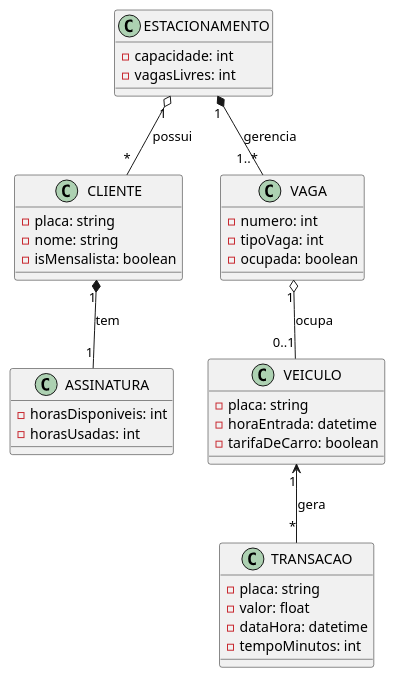
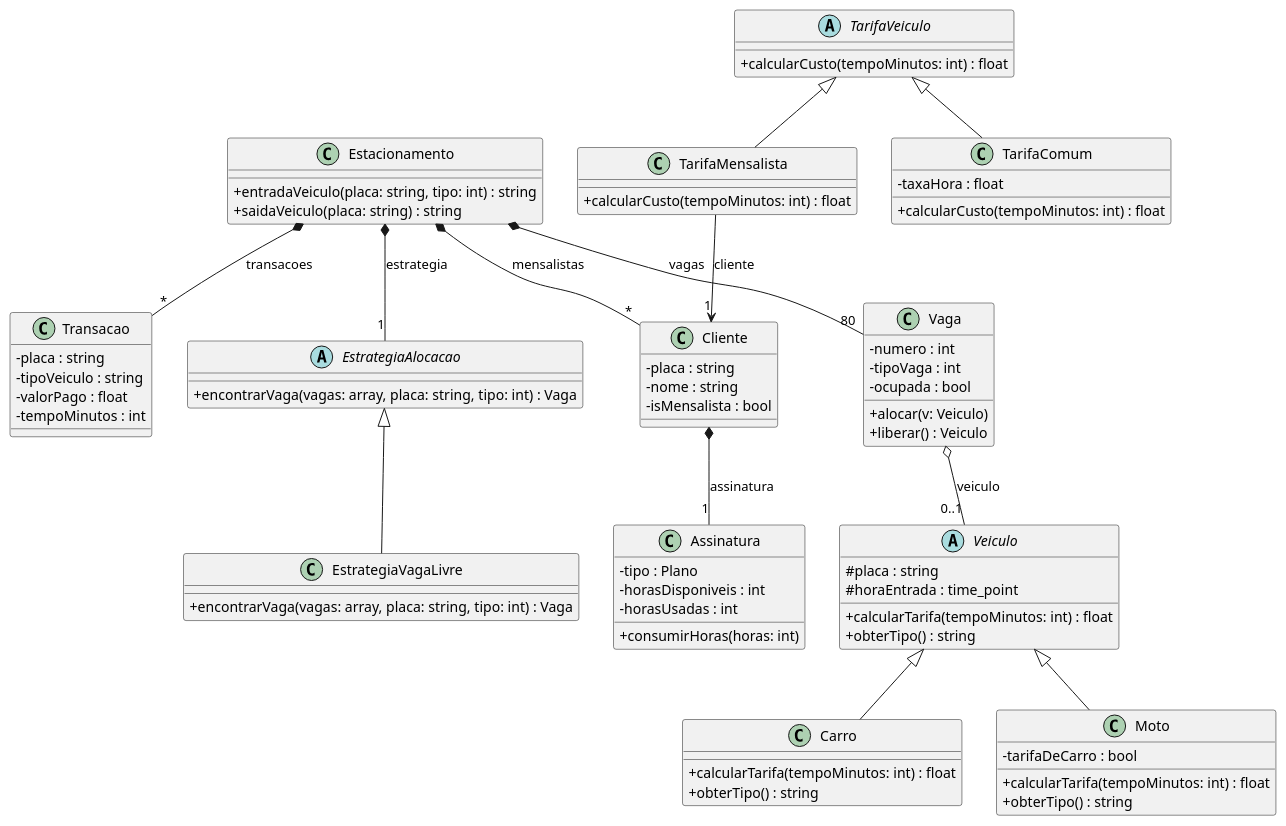
Before and after one commit to muriklo/park_manager: the second of 2 diagrams in analise.md, drawn with PlantUML. The commit also changed other lines of this file and 1 other file, not shown here.

Commit message:
correção projeto v1.3

````diff
--- a/analise.md
+++ b/analise.md
@@ -97,39 +97,96 @@
 ```plantuml
 @startuml
-class CLIENTE {
-    -placa: string
-    -nome: string
-    -isMensalista: boolean
-}
-class ASSINATURA {
-    -horasDisponiveis: int
-    -horasUsadas: int
-}
-class ESTACIONAMENTO {
-    -capacidade: int
-    -vagasLivres: int
-}
-class VAGA {
-    -numero: int
-    -tipoVaga: int
-    -ocupada: boolean
-}
-class VEICULO {
-    -placa: string
-    -horaEntrada: datetime
-    -tarifaDeCarro: boolean
-}
-class TRANSACAO {
-    -placa: string
-    -valor: float
-    -dataHora: datetime
-    -tempoMinutos: int
+skinparam classAttributeIconSize 0
+
+abstract class Veiculo {
+  # placa : string
+  # horaEntrada : time_point
+  + calcularTarifa(tempoMinutos: int) : float
+  + obterTipo() : string
 }
 
-ESTACIONAMENTO "1" *-- "1..*" VAGA : gerencia
-ESTACIONAMENTO "1" o-- "*" CLIENTE : possui
-CLIENTE "1" *-- "1" ASSINATURA : tem
-VAGA "1" o-- "0..1" VEICULO : ocupa
-VEICULO "1" <-- "*" TRANSACAO : gera
+class Carro {
+  + calcularTarifa(tempoMinutos: int) : float
+  + obterTipo() : string
+}
+
+class Moto {
+  - tarifaDeCarro : bool
+  + calcularTarifa(tempoMinutos: int) : float
+  + obterTipo() : string
+}
+
+Veiculo <|-- Carro
+Veiculo <|-- Moto
+
+class Vaga {
+  - numero : int
+  - tipoVaga : int
+  - ocupada : bool
+  + alocar(v: Veiculo)
+  + liberar() : Veiculo
+}
+
+Vaga o-- "0..1" Veiculo : veiculo
+
+abstract class EstrategiaAlocacao {
+  + encontrarVaga(vagas: array, placa: string, tipo: int) : Vaga
+}
+
+class EstrategiaVagaLivre {
+  + encontrarVaga(vagas: array, placa: string, tipo: int) : Vaga
+}
+
+EstrategiaAlocacao <|-- EstrategiaVagaLivre
+
+class Assinatura {
+  - tipo : Plano
+  - horasDisponiveis : int
+  - horasUsadas : int
+  + consumirHoras(horas: int)
+}
+
+class Cliente {
+  - placa : string
+  - nome : string
+  - isMensalista : bool
+}
+
+Cliente *-- "1" Assinatura : assinatura
+
+abstract class TarifaVeiculo {
+  + calcularCusto(tempoMinutos: int) : float
+}
+
+class TarifaComum {
+  - taxaHora : float
+  + calcularCusto(tempoMinutos: int) : float
+}
+
+class TarifaMensalista {
+  + calcularCusto(tempoMinutos: int) : float
+}
+
+TarifaVeiculo <|-- TarifaComum
+TarifaVeiculo <|-- TarifaMensalista
+TarifaMensalista --> "1" Cliente : cliente
+
+class Transacao {
+  - placa : string
+  - tipoVeiculo : string
+  - valorPago : float
+  - tempoMinutos : int
+}
+
+class Estacionamento {
+  + entradaVeiculo(placa: string, tipo: int) : string
+  + saidaVeiculo(placa: string) : string
+}
+
+Estacionamento *-- "80" Vaga : vagas
+Estacionamento *-- "1" EstrategiaAlocacao : estrategia
+Estacionamento *-- "*" Cliente : mensalistas
+Estacionamento *-- "*" Transacao : transacoes
+
 @enduml
 ```
````
